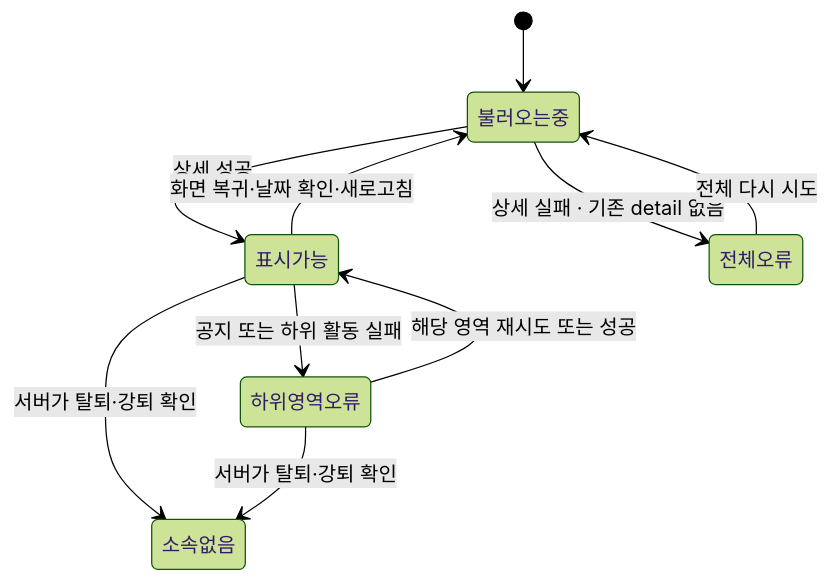
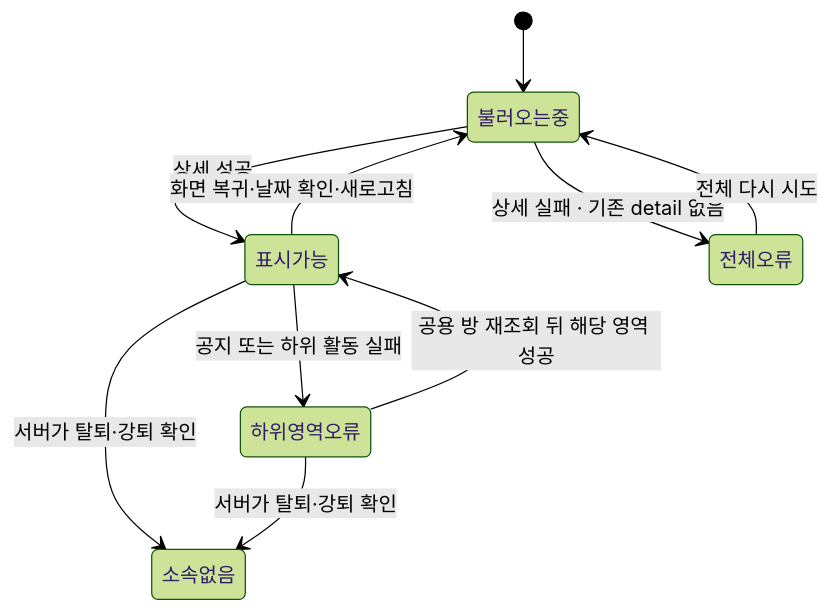
Before and after one commit to OneOrThree/phone: the first of 4 diagrams in docs/prd/group/features/03-activity/low-level-design.md, drawn with Mermaid (forest theme). The commit also changed other lines of this file and 12 other files, not shown here.

````diff
--- a/docs/prd/group/features/03-activity/low-level-design.md
+++ b/docs/prd/group/features/03-activity/low-level-design.md
@@ -13,12 +13,12 @@
 ```mermaid
 stateDiagram-v2
     [*] --> 불러오는중
     불러오는중 --> 표시가능: 상세 성공
     불러오는중 --> 전체오류: 상세 실패 · 기존 detail 없음
     전체오류 --> 불러오는중: 전체 다시 시도
     표시가능 --> 하위영역오류: 공지 또는 하위 활동 실패
-    하위영역오류 --> 표시가능: 해당 영역 재시도 또는 성공
+    하위영역오류 --> 표시가능: 공용 방 재조회 뒤 해당 영역 성공
     표시가능 --> 불러오는중: 화면 복귀·날짜 확인·새로고침
     표시가능 --> 소속없음: 서버가 탈퇴·강퇴 확인
     하위영역오류 --> 소속없음: 서버가 탈퇴·강퇴 확인
 ```
````
